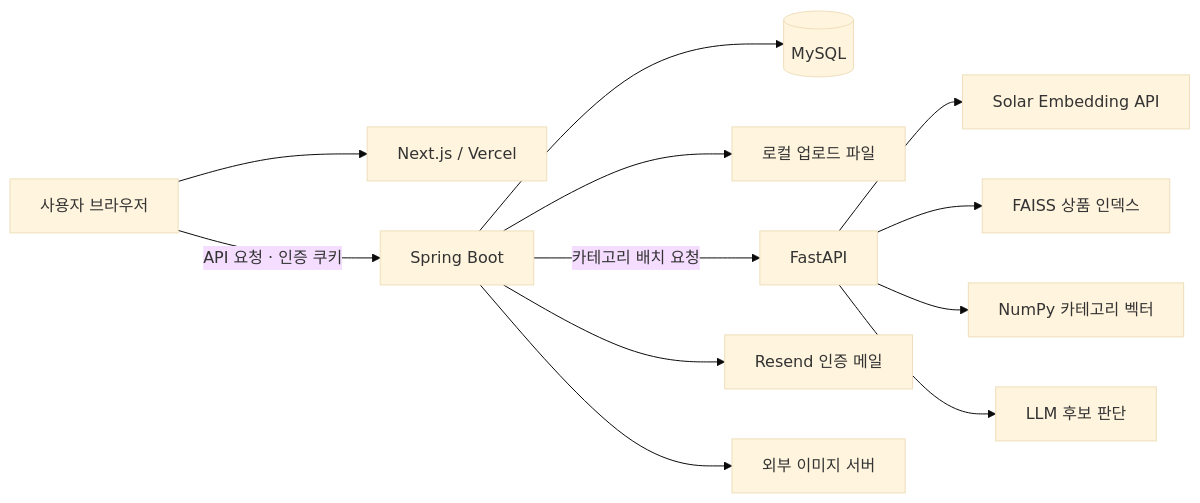
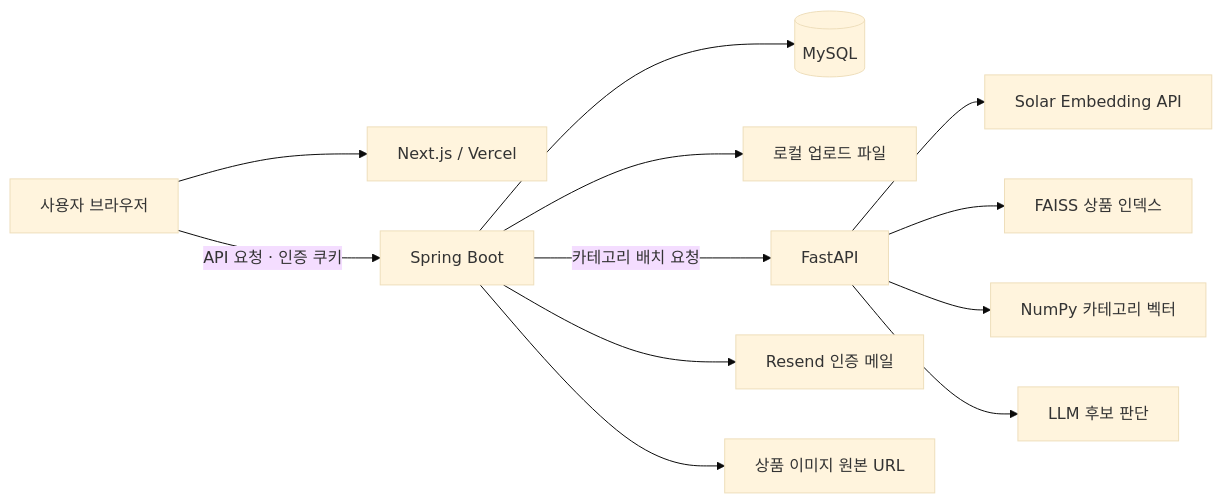
The first of 2 diagrams in README.md (storepilot-app/be), drawn with Mermaid (base theme) before and after one commit. The commit also changed other lines of this file, not shown here.

````diff
--- a/README.md
+++ b/README.md
@@ -39,14 +35,14 @@
 ```mermaid
 flowchart LR
     U[사용자 브라우저] --> FE[Next.js / Vercel]
     U -->|API 요청 · 인증 쿠키| BE[Spring Boot]
     BE --> DB[(MySQL)]
     BE --> FILES[로컬 업로드 파일]
     BE -->|카테고리 배치 요청| AI[FastAPI]
     AI --> EMB[Solar Embedding API]
     AI --> PRODUCT[FAISS 상품 인덱스]
     AI --> CATEGORY[NumPy 카테고리 벡터]
     AI --> LLM[LLM 후보 판단]
     BE --> MAIL[Resend 인증 메일]
-    BE --> IMAGE[외부 이미지 서버]
+    BE --> IMAGE[상품 이미지 원본 URL]
 ```
````
